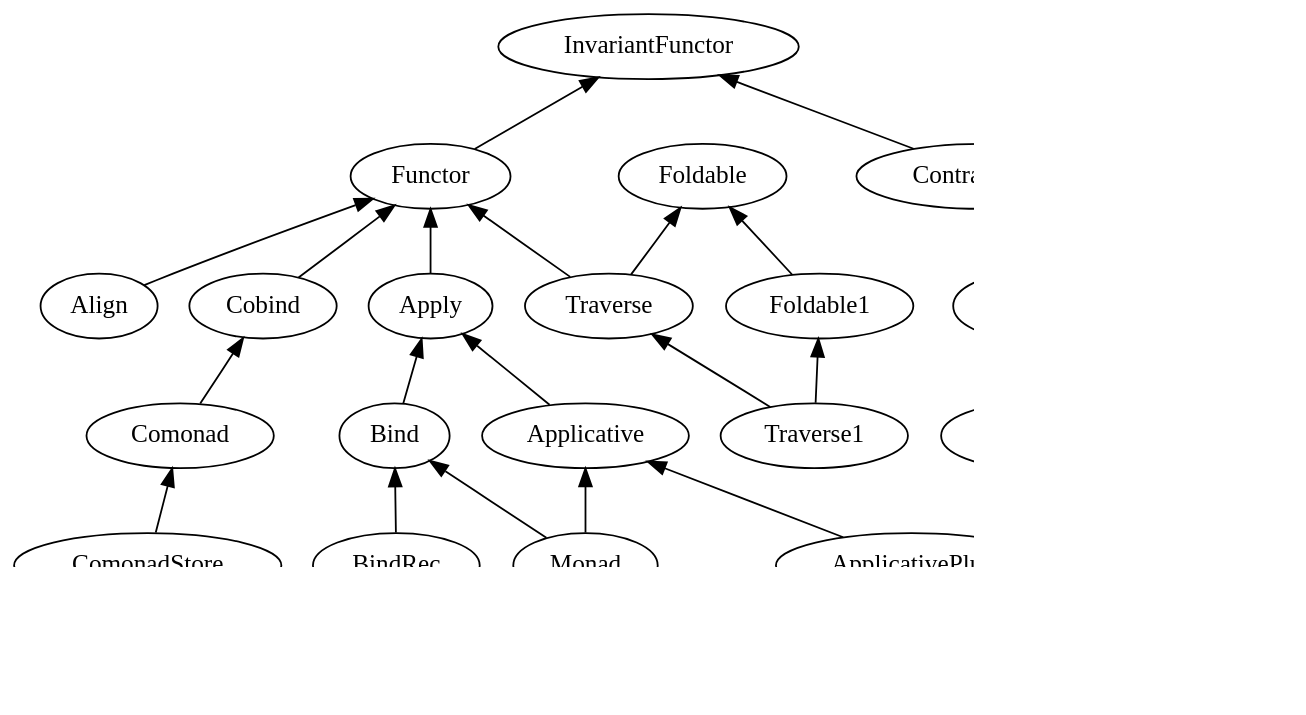
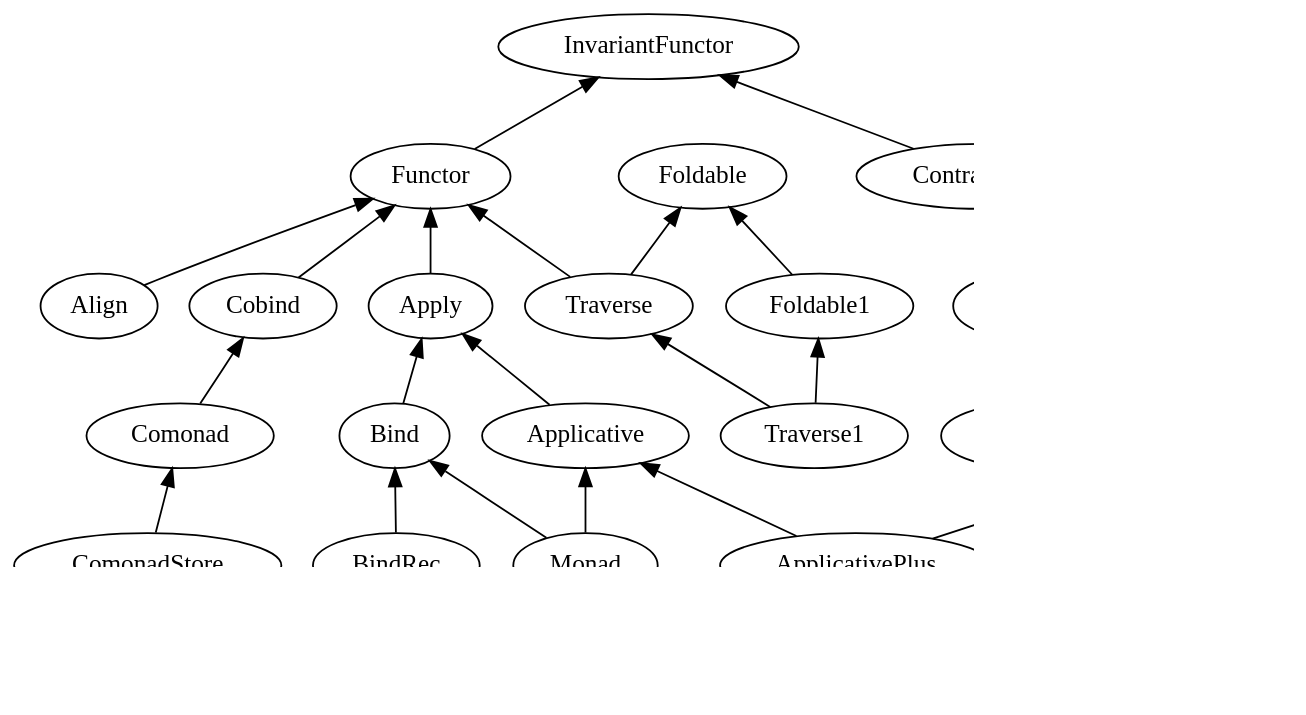
The second of 12 diagrams in manuscript/book.org (fommil/fpmortals), drawn with Graphviz before and after one commit. The commit also changed other lines of this file and 8 other files, not shown here.

Commit message:
MonadPlus and friends

```diff
--- a/manuscript/book.org
+++ b/manuscript/book.org
@@ -3040,43 +3040,45 @@
 #+BEGIN_SRC dot :file images/scalaz-core-tree.png :exports results
 digraph G {
     graph [dpi=100, rankdir=BT];
     node [fontname=Hack];
 
     Bind -> Apply;
     BindRec -> Bind;
 
     Contravariant -> InvariantFunctor;
     Functor -> InvariantFunctor;
 
     Divide -> Contravariant;
     Divisible -> Divide;
     Apply -> Functor;
     Applicative -> Apply;
 
     Foldable1 -> Foldable;
     Traverse -> Functor;
     Traverse -> Foldable;
     Traverse1 -> Traverse;
     Traverse1 -> Foldable1;
 
     Monad -> Applicative;
 
     "Advanced Monads" [style=dashed];
     "Advanced Monads" -> Monad;
 
     Monad -> Bind;
 
     Cobind -> Functor;
     Comonad -> Cobind;
 
     PlusEmpty -> Plus;
     IsEmpty -> PlusEmpty;
 
     ApplicativePlus -> Applicative;
     ApplicativePlus -> PlusEmpty;
+    MonadPlus -> ApplicativePlus;
+    MonadPlus -> Monad;
 
     ComonadStore -> Comonad;
 
     Align -> Functor;
 }
 #+END_SRC
```
